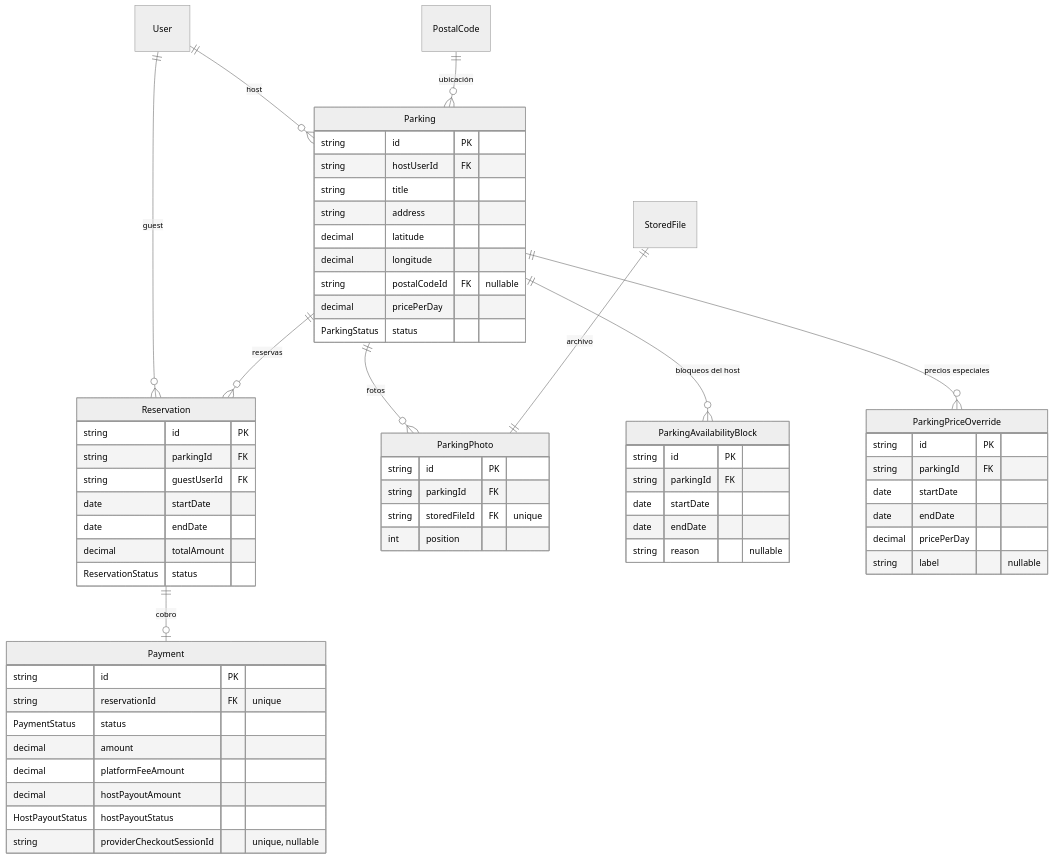
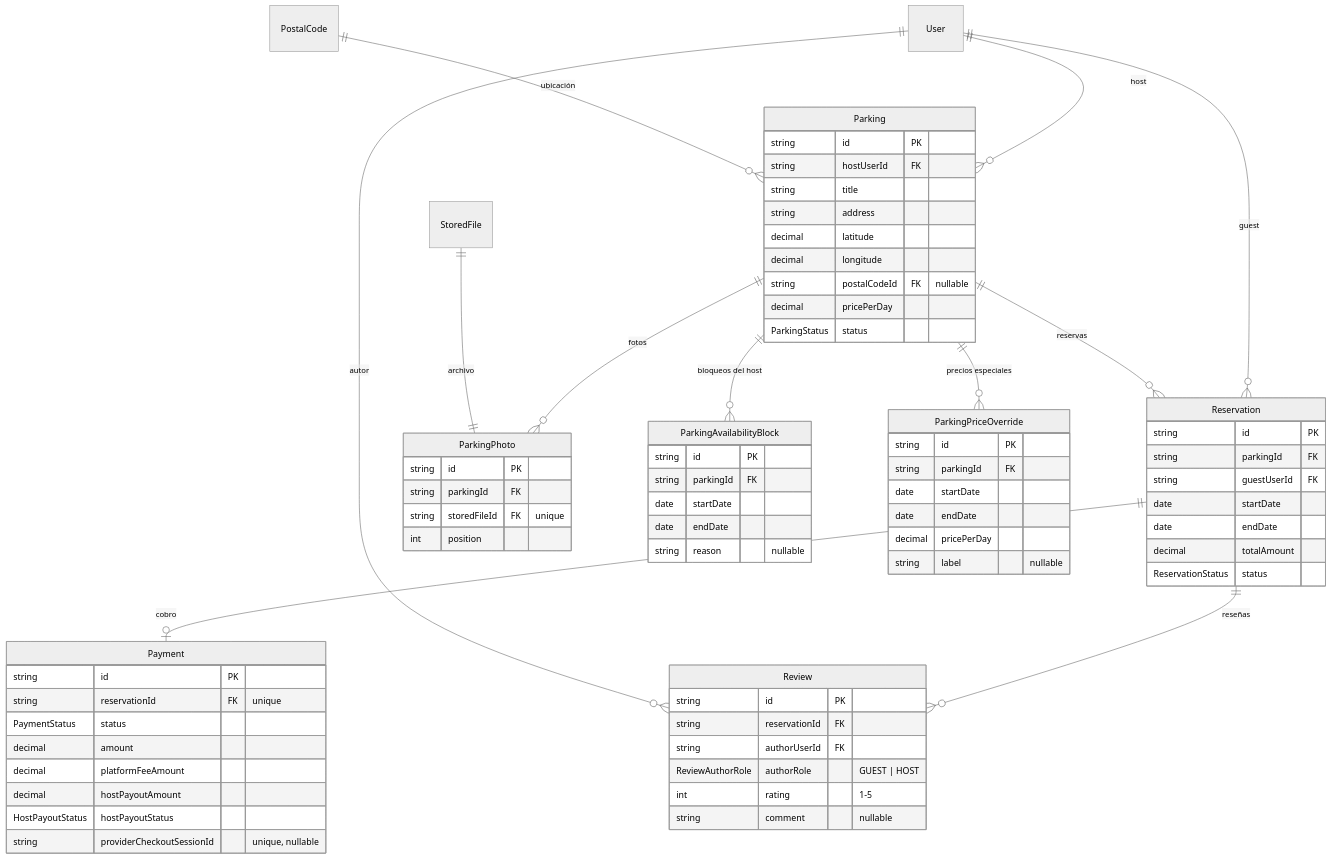
Before and after one commit to msalejandrojose/core: the first of 3 diagrams in apps/api/src/modules/parking/domain/DOMAIN.md, drawn with Mermaid (neutral theme). The commit also changed other lines of this file and 31 other files, not shown here.

````diff
--- a/apps/api/src/modules/parking/domain/DOMAIN.md
+++ b/apps/api/src/modules/parking/domain/DOMAIN.md
@@ -12,64 +12,74 @@
 ```mermaid
 erDiagram
     User ||--o{ Parking : "host"
     User ||--o{ Reservation : "guest"
     PostalCode ||--o{ Parking : "ubicación"
     Parking ||--o{ ParkingPhoto : "fotos"
     StoredFile ||--|| ParkingPhoto : "archivo"
     Parking ||--o{ ParkingAvailabilityBlock : "bloqueos del host"
     Parking ||--o{ ParkingPriceOverride : "precios especiales"
     Parking ||--o{ Reservation : "reservas"
     Reservation ||--o| Payment : "cobro"
+    Reservation ||--o{ Review : "reseñas"
+    User ||--o{ Review : "autor"
 
     Parking {
         string id PK
         string hostUserId FK
         string title
         string address
         decimal latitude
         decimal longitude
         string postalCodeId FK "nullable"
         decimal pricePerDay
         ParkingStatus status
     }
     ParkingPhoto {
         string id PK
         string parkingId FK
         string storedFileId FK "unique"
         int position
     }
     ParkingAvailabilityBlock {
         string id PK
         string parkingId FK
         date startDate
         date endDate
         string reason "nullable"
     }
     ParkingPriceOverride {
         string id PK
         string parkingId FK
         date startDate
         date endDate
         decimal pricePerDay
         string label "nullable"
     }
     Reservation {
         string id PK
         string parkingId FK
         string guestUserId FK
         date startDate
         date endDate
         decimal totalAmount
         ReservationStatus status
     }
     Payment {
         string id PK
         string reservationId FK "unique"
         PaymentStatus status
         decimal amount
         decimal platformFeeAmount
         decimal hostPayoutAmount
         HostPayoutStatus hostPayoutStatus
         string providerCheckoutSessionId "unique, nullable"
     }
+    Review {
+        string id PK
+        string reservationId FK
+        string authorUserId FK
+        ReviewAuthorRole authorRole "GUEST | HOST"
+        int rating "1-5"
+        string comment "nullable"
+    }
 ```
````
